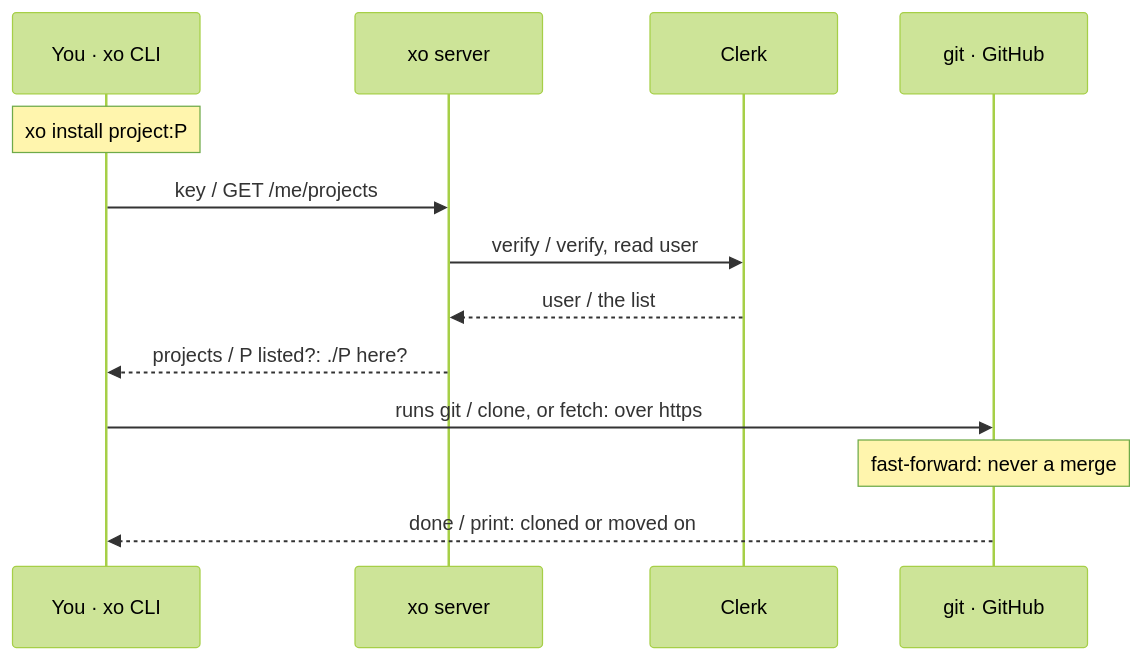
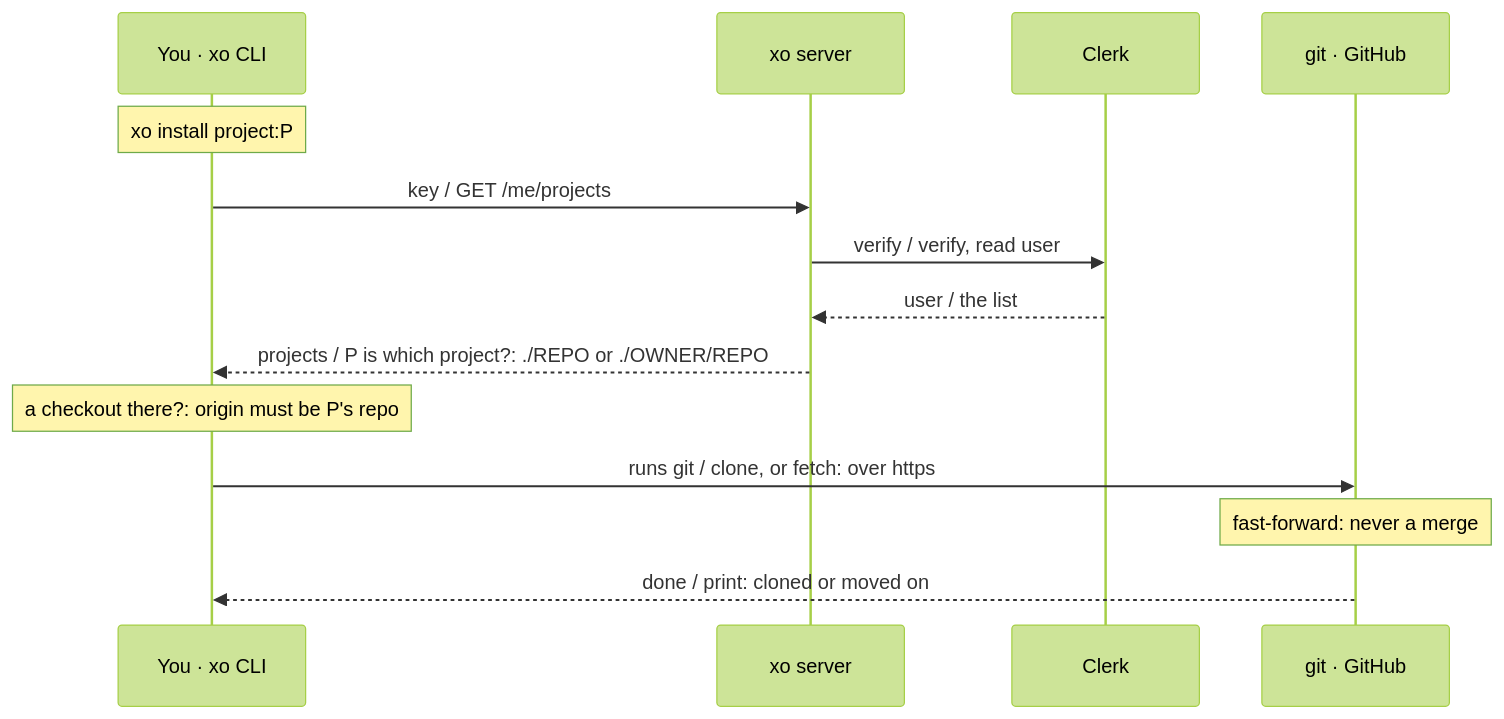
One commit to quirq-ai/xo changed diagram 21 of 31 in docs/architecture.md. Above: the diagram before and after it, drawn with Mermaid (forest theme). The commit also changed other lines of this file and 11 other files, not shown here.

````diff
--- a/docs/architecture.md
+++ b/docs/architecture.md
@@ -432,15 +458,16 @@
 ```mermaid
 sequenceDiagram
   participant Cli as You · xo CLI
   participant Srv as xo server
   participant Clerk as Clerk
   participant Git as git · GitHub
   Note over Cli: xo install project:P
   Cli->>Srv: key / GET /me/projects
   Srv->>Clerk: verify / verify, read user
   Clerk-->>Srv: user / the list
-  Srv-->>Cli: projects / P listed?: ./P here?
+  Srv-->>Cli: projects / P is which project?: ./REPO or ./OWNER/REPO
+  Note over Cli: a checkout there?: origin must be P's repo
   Cli->>Git: runs git / clone, or fetch: over https
   Note over Git: fast-forward: never a merge
   Git-->>Cli: done / print: cloned or moved on
 ```
````
